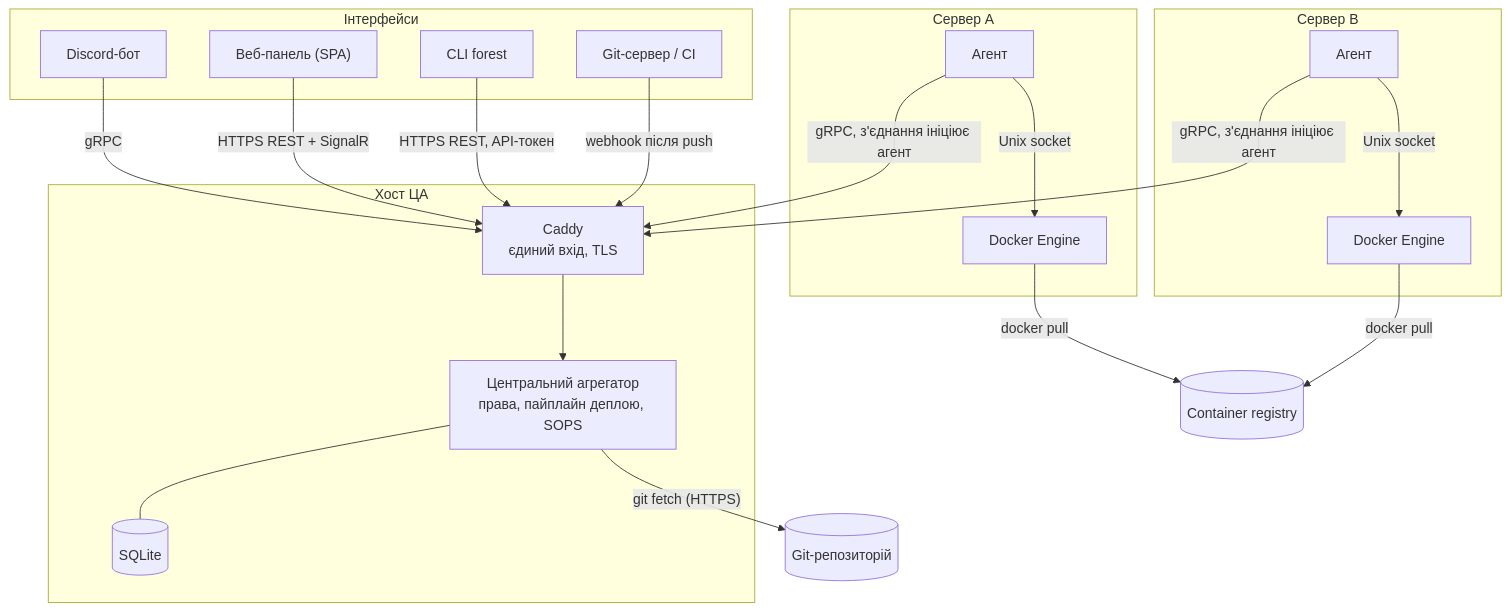
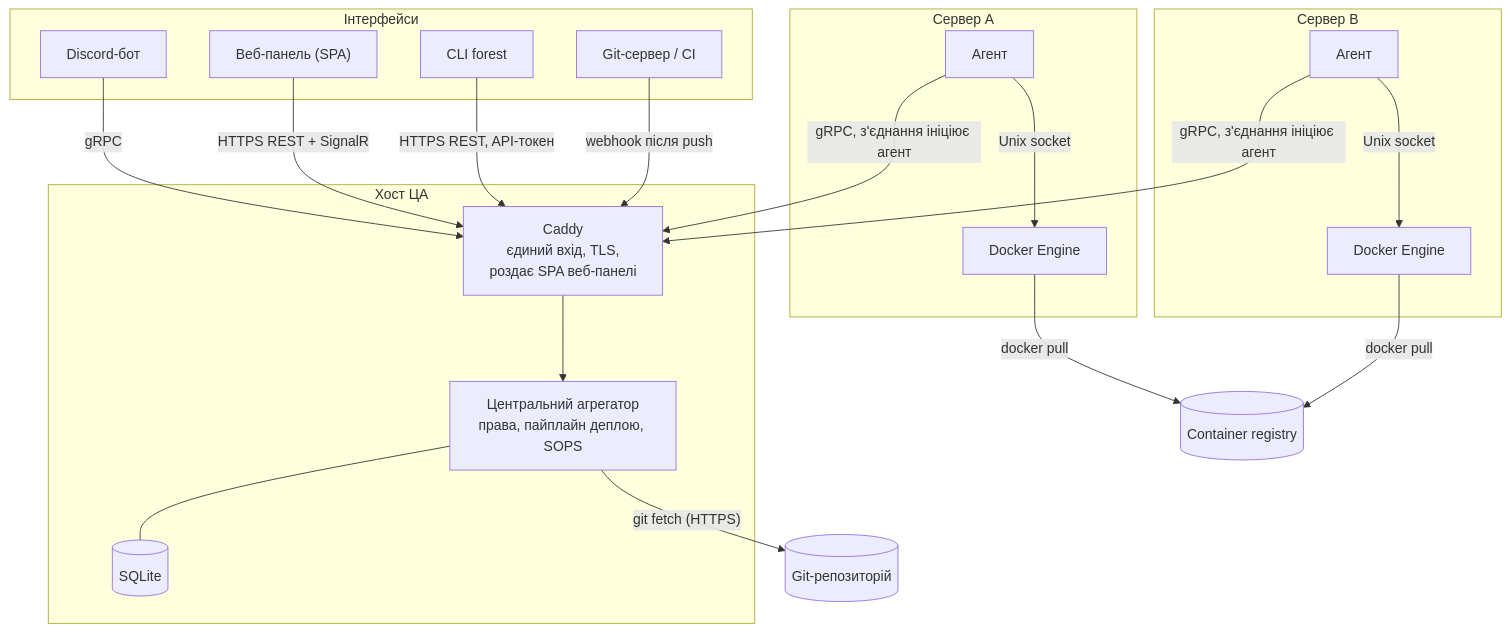
The first of 2 diagrams in docs/project-overview.md (container-forest/container-forest-course), drawn with Mermaid before and after one commit.

Commit message:
docs: note that Caddy serves the panel SPA in architecture diagrams
Claude-Session: https://claude.ai/code/session_01DovwCNenAuX2Dt3bv4TSVF

````diff
--- a/docs/project-overview.md
+++ b/docs/project-overview.md
@@ -88,31 +88,31 @@
 ```mermaid
 flowchart TB
   subgraph Clients["Інтерфейси"]
     Bot["Discord-бот"]
     UI["Веб-панель (SPA)"]
     Cli["CLI forest"]
     Hooks["Git-сервер / CI"]
   end
   subgraph EnvB["Сервер B"]
     EA2["Агент"] -->|"Unix socket"| D2["Docker Engine"]
   end
   subgraph EnvA["Сервер A"]
     EA1["Агент"] -->|"Unix socket"| D1["Docker Engine"]
   end
   subgraph Host["Хост ЦА"]
-    Caddy["Caddy<br/>єдиний вхід, TLS"] --> CA["Центральний агрегатор<br/>права, пайплайн деплою, SOPS"]
+    Caddy["Caddy<br/>єдиний вхід, TLS,<br/>роздає SPA веб-панелі"] --> CA["Центральний агрегатор<br/>права, пайплайн деплою, SOPS"]
     CA --- DB[("SQLite")]
   end
   Git[("Git-репозиторій")]
   Reg[("Container registry")]
 
   Bot -->|"gRPC"| Caddy
   UI -->|"HTTPS REST + SignalR"| Caddy
   Cli -->|"HTTPS REST, API-токен"| Caddy
   Hooks -->|"webhook після push"| Caddy
   EA1 -->|"gRPC, з'єднання ініціює агент"| Caddy
   EA2 -->|"gRPC, з'єднання ініціює агент"| Caddy
   CA -->|"git fetch (HTTPS)"| Git
   D1 -->|"docker pull"| Reg
   D2 -->|"docker pull"| Reg
 ```
````
